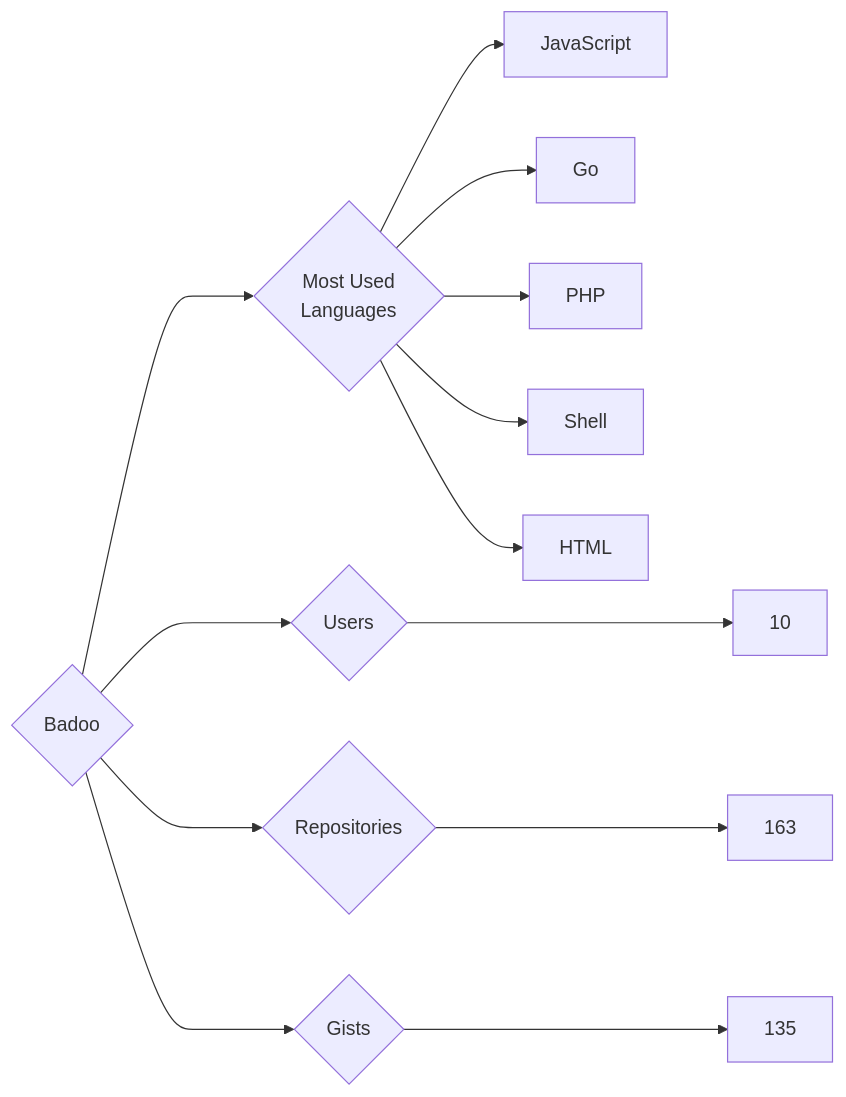
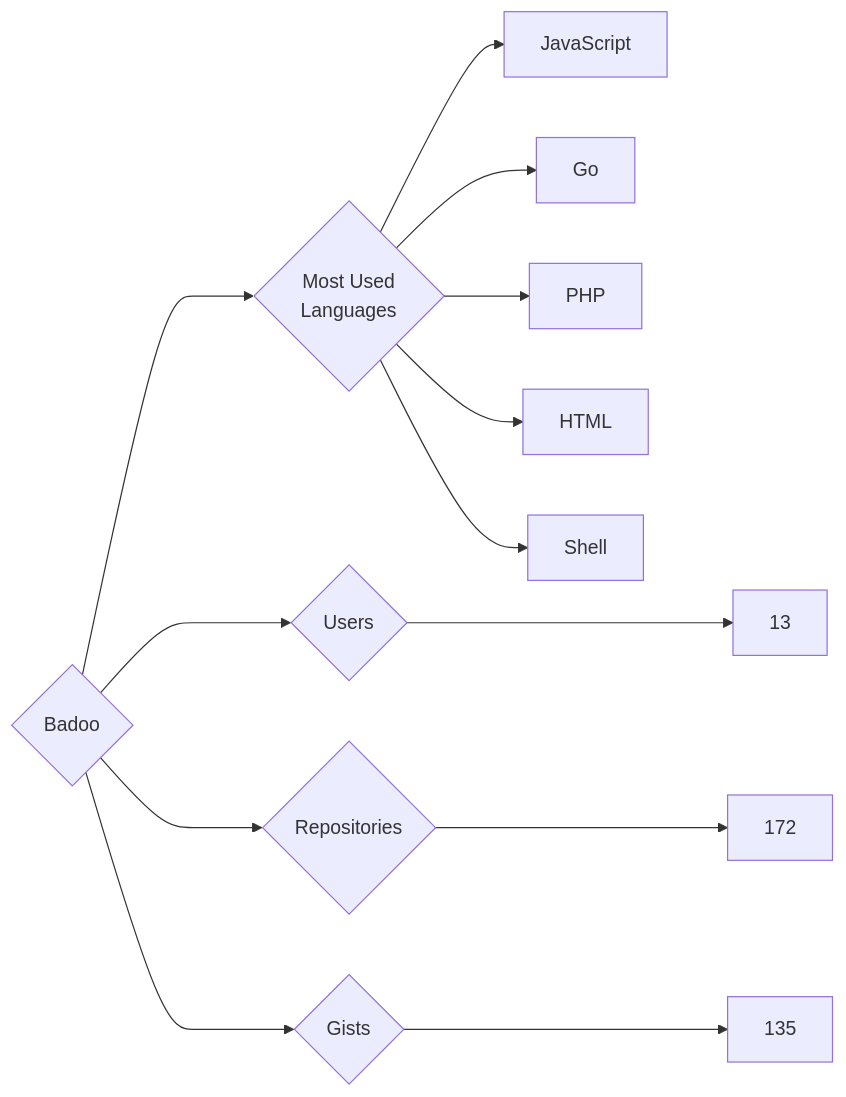
Before and after one commit to trickest/insiders: the diagram in targets/Badoo/README.md, drawn with Mermaid. The commit also changed 882 other files, not shown here.

````diff
--- a/targets/Badoo/README.md
+++ b/targets/Badoo/README.md
@@ -3,13 +3,13 @@
 ```mermaid
 graph LR
 COMPANY_NAME{Badoo}
-COMPANY_NAME ---> U{Users} ---> UN[10]
-COMPANY_NAME ---> R{Repositories} ---> RN[163]
+COMPANY_NAME ---> U{Users} ---> UN[13]
+COMPANY_NAME ---> R{Repositories} ---> RN[172]
 COMPANY_NAME ---> G{Gists} ---> GN[135]
 COMPANY_NAME ---> ML{Most Used<br>Languages}
 ML --> JavaScript[JavaScript]
 ML --> Go[Go]
 ML --> PHP[PHP]
+ML --> HTML[HTML]
 ML --> Shell[Shell]
-ML --> HTML[HTML]
 ```
````
